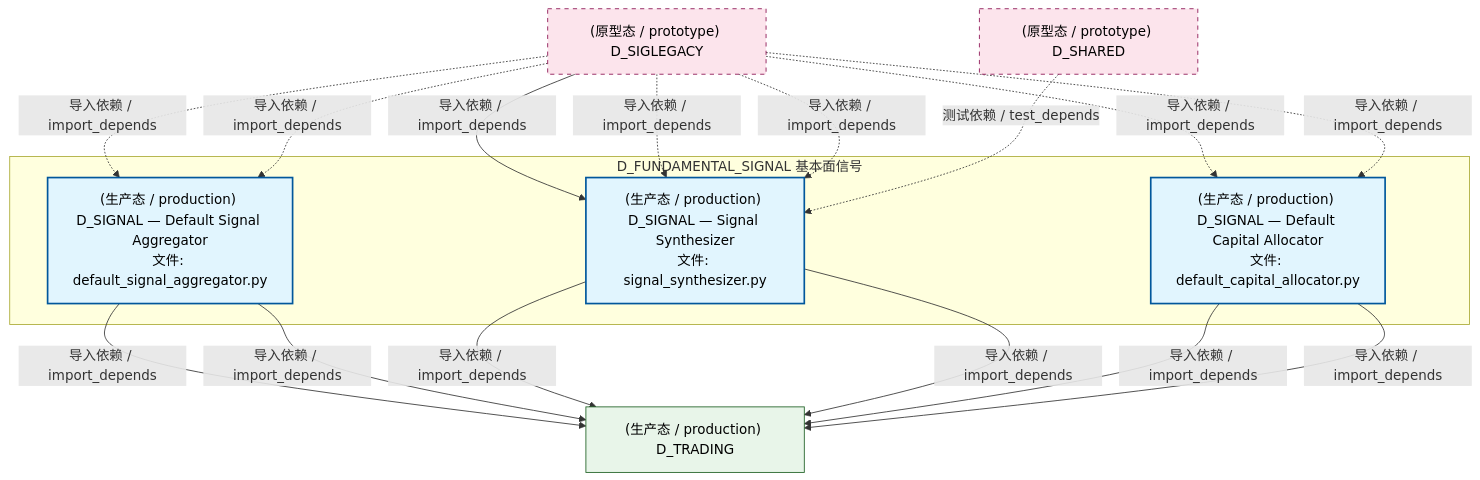
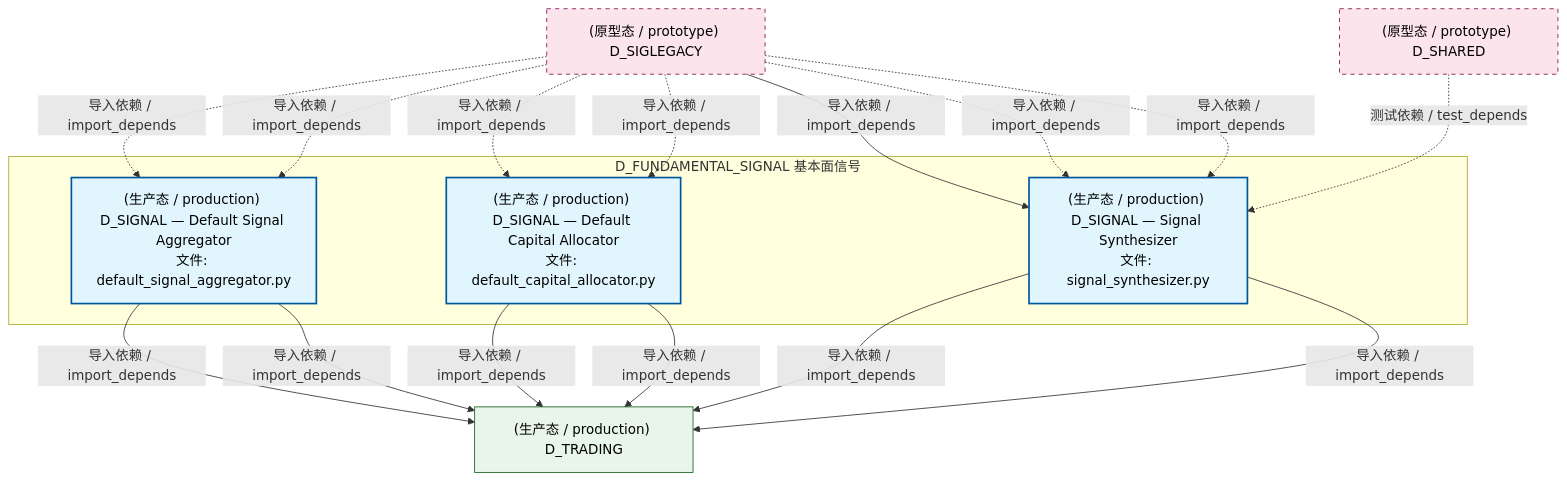
Before and after one commit to xuanFelixVan/ZephyrAlpha: the second of 4 diagrams in docs/02_enterprise_architecture/02_domain_architecture_docs/37_d_fundamental_signal.md, drawn with Mermaid. The commit also changed other lines of this file and 124 other files, not shown here.

````diff
--- a/docs/02_enterprise_architecture/02_domain_architecture_docs/37_d_fundamental_signal.md
+++ b/docs/02_enterprise_architecture/02_domain_architecture_docs/37_d_fundamental_signal.md
@@ -134,32 +134,32 @@
 ```mermaid
 graph TD
     subgraph D_FUNDAMENTAL_SIGNAL["D_FUNDAMENTAL_SIGNAL 基本面信号"]
         src_zephyr_signal_fundamental_gen_implementations_default_signal_aggregator_py["(生产态 / production) D_SIGNAL — Default Signal Aggregator<br/>文件: default_signal_aggregator.py"]
         src_zephyr_signal_fundamental_strategy_implementations_default_capital_allocator_py["(生产态 / production) D_SIGNAL — Default Capital Allocator<br/>文件: default_capital_allocator.py"]
         src_zephyr_signal_fundamental_synth_signal_synthesizer_py["(生产态 / production) D_SIGNAL — Signal Synthesizer<br/>文件: signal_synthesizer.py"]
     end
     D_TRADING["(生产态 / production) D_TRADING"]
     src_zephyr_signal_fundamental_gen_implementations_default_signal_aggregator_py -->|导入依赖 / import_depends| D_TRADING
     src_zephyr_signal_fundamental_gen_implementations_default_signal_aggregator_py -->|导入依赖 / import_depends| D_TRADING
+    src_zephyr_signal_fundamental_strategy_implementations_default_capital_allocator_py -->|导入依赖 / import_depends| D_TRADING
+    src_zephyr_signal_fundamental_strategy_implementations_default_capital_allocator_py -->|导入依赖 / import_depends| D_TRADING
     src_zephyr_signal_fundamental_synth_signal_synthesizer_py -->|导入依赖 / import_depends| D_TRADING
     src_zephyr_signal_fundamental_synth_signal_synthesizer_py -->|导入依赖 / import_depends| D_TRADING
-    src_zephyr_signal_fundamental_strategy_implementations_default_capital_allocator_py -->|导入依赖 / import_depends| D_TRADING
-    src_zephyr_signal_fundamental_strategy_implementations_default_capital_allocator_py -->|导入依赖 / import_depends| D_TRADING
     D_SIGLEGACY["(原型态 / prototype) D_SIGLEGACY"]
     D_SIGLEGACY -.->|导入依赖 / import_depends| src_zephyr_signal_fundamental_gen_implementations_default_signal_aggregator_py
     D_SIGLEGACY -.->|导入依赖 / import_depends| src_zephyr_signal_fundamental_gen_implementations_default_signal_aggregator_py
+    D_SIGLEGACY -.->|导入依赖 / import_depends| src_zephyr_signal_fundamental_strategy_implementations_default_capital_allocator_py
+    D_SIGLEGACY -.->|导入依赖 / import_depends| src_zephyr_signal_fundamental_strategy_implementations_default_capital_allocator_py
     D_SIGLEGACY -->|导入依赖 / import_depends| src_zephyr_signal_fundamental_synth_signal_synthesizer_py
     D_SIGLEGACY -.->|导入依赖 / import_depends| src_zephyr_signal_fundamental_synth_signal_synthesizer_py
     D_SIGLEGACY -.->|导入依赖 / import_depends| src_zephyr_signal_fundamental_synth_signal_synthesizer_py
     D_SHARED["(原型态 / prototype) D_SHARED"]
     D_SHARED -.->|测试依赖 / test_depends| src_zephyr_signal_fundamental_synth_signal_synthesizer_py
-    D_SIGLEGACY -.->|导入依赖 / import_depends| src_zephyr_signal_fundamental_strategy_implementations_default_capital_allocator_py
-    D_SIGLEGACY -.->|导入依赖 / import_depends| src_zephyr_signal_fundamental_strategy_implementations_default_capital_allocator_py
     classDef production fill:#e1f5fe,stroke:#01579b,stroke-width:2px,color:#000
     classDef design fill:#fff3e0,stroke:#e65100,stroke-width:2px,color:#000,stroke-dasharray: 5 5
     classDef external_prod fill:#e8f5e9,stroke:#1b5e20,stroke-width:1px,color:#000
     classDef external_design fill:#fce4ec,stroke:#880e4f,stroke-width:1px,color:#000,stroke-dasharray: 5 5
     class src_zephyr_signal_fundamental_gen_implementations_default_signal_aggregator_py,src_zephyr_signal_fundamental_strategy_implementations_default_capital_allocator_py,src_zephyr_signal_fundamental_synth_signal_synthesizer_py production
     class D_TRADING external_prod
     class D_SIGLEGACY,D_SHARED external_design
 ```
````
